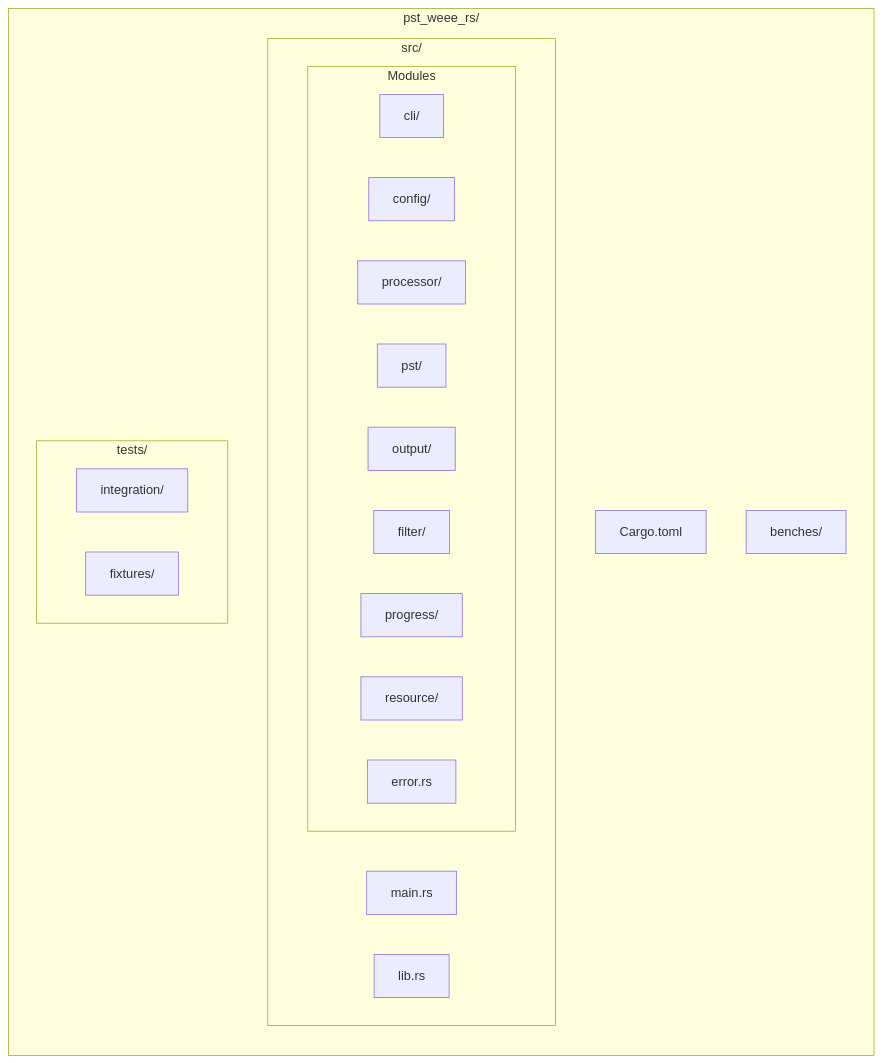
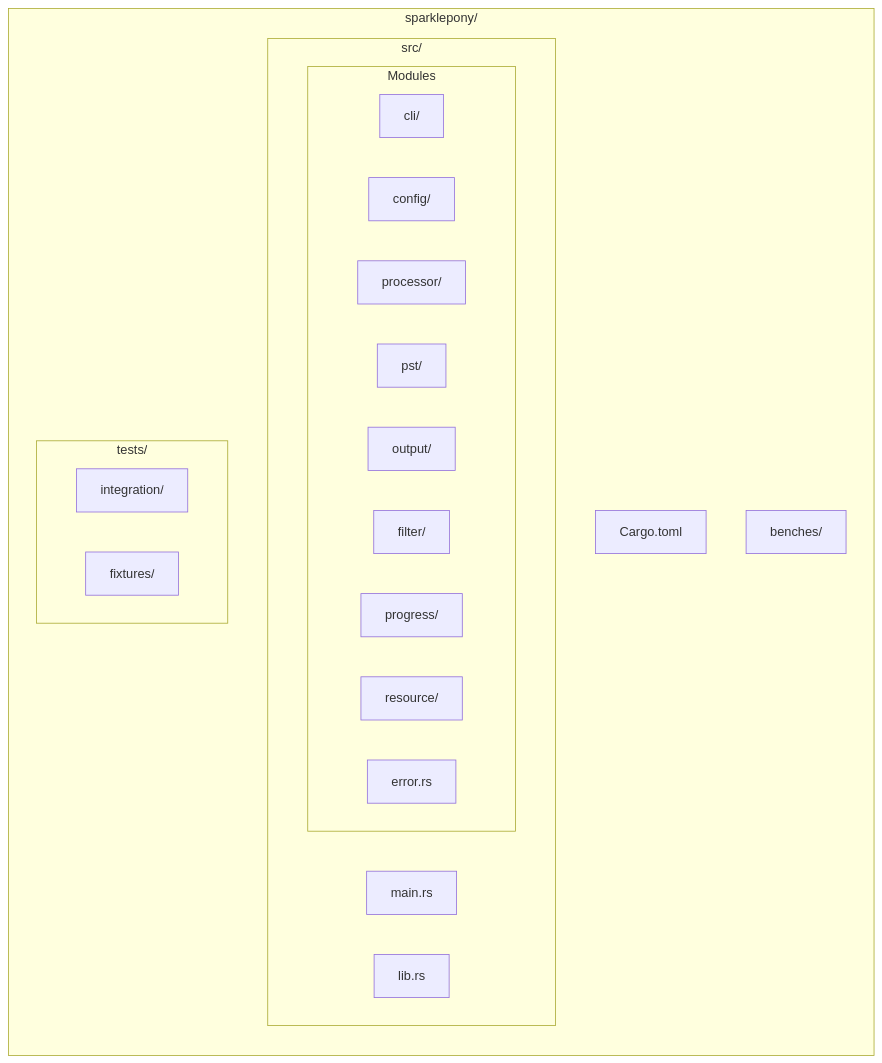
One commit to greysquirr3l/sparklepony changed the third of 8 diagrams in docs/ARCHITECTURE.md. Above: the diagram before and after it, drawn with Mermaid. The commit also changed other lines of this file and 18 other files, not shown here.

````diff
--- a/docs/ARCHITECTURE.md
+++ b/docs/ARCHITECTURE.md
@@ -146,32 +79,32 @@
 ```mermaid
 flowchart TB
-    subgraph Root["pst_weee_rs/"]
+    subgraph Root["sparklepony/"]
         direction TB
         Cargo["Cargo.toml"]
 
         subgraph Src["src/"]
             Main["main.rs"]
             Lib["lib.rs"]
 
             subgraph Modules["Modules"]
                 direction LR
                 CLI["cli/"]
                 Config["config/"]
                 Processor["processor/"]
                 PST["pst/"]
                 OutputMod["output/"]
                 Filter["filter/"]
                 Progress["progress/"]
                 Resource["resource/"]
                 Error["error.rs"]
             end
         end
 
         subgraph Tests["tests/"]
             Integration["integration/"]
             Fixtures["fixtures/"]
         end
 
         Benches["benches/"]
     end
 ```
````
